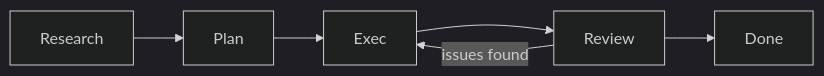
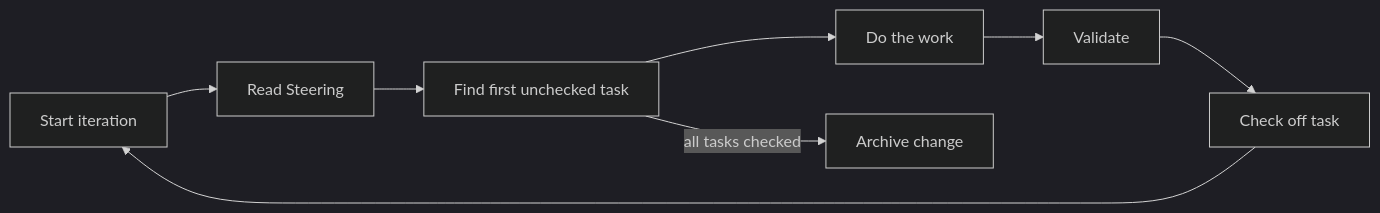
Before and after one commit to NeriRos/ralphy: the diagram in README.md, drawn with Mermaid (dark theme). The commit also changed other lines of this file and 75 other files, not shown here.

````diff
--- a/README.md
+++ b/README.md
@@ -9,5 +9,5 @@
 ```mermaid
 graph LR
-    R[Research] --> P[Plan] --> E[Exec] --> V[Review] --> D[Done]
-    V -->|issues found| E
+    S[Start iteration] --> R[Read Steering] --> T[Find first unchecked task] --> W[Do the work] --> V[Validate] --> C[Check off task] --> S
+    T -->|all tasks checked| D[Archive change]
 ```
````
